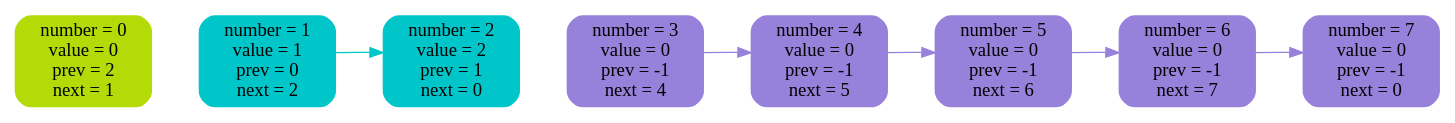
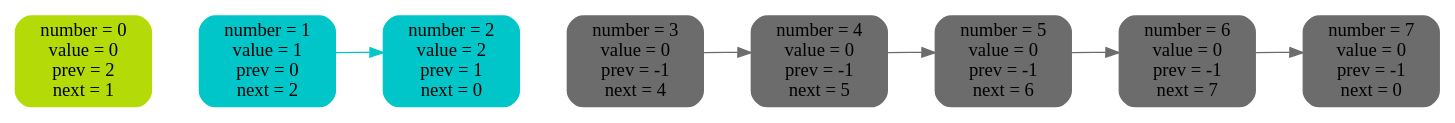
The diagram in list_log/img/3.dot (2210223t-lang/2-linked-list), drawn with Graphviz before and after one commit. The commit also changed 20 other files, not shown here.

```diff
--- a/list_log/img/3.dot
+++ b/list_log/img/3.dot
@@ -1,23 +1,23 @@
 digraph {
 rankdir = LR
 n0 [ label = "number = 0\nvalue = 0\nprev = 2\nnext = 1", shape = Mrecord, fontsize = 14,style = filled, color = "#b4da08" ]
 n1 [ label = "number = 1\nvalue = 1\nprev = 0\nnext = 2", shape = Mrecord, fontsize = 14,style = filled, color = "#00c6c9" ]
 n2 [ label = "number = 2\nvalue = 2\nprev = 1\nnext = 0", shape = Mrecord, fontsize = 14,style = filled, color = "#00c6c9" ]
-n3 [ label = "number = 3\nvalue = 0\nprev = -1\nnext = 4", shape = Mrecord, fontsize = 14,style = filled, color = "#9781db" ]
-n4 [ label = "number = 4\nvalue = 0\nprev = -1\nnext = 5", shape = Mrecord, fontsize = 14,style = filled, color = "#9781db" ]
-n5 [ label = "number = 5\nvalue = 0\nprev = -1\nnext = 6", shape = Mrecord, fontsize = 14,style = filled, color = "#9781db" ]
-n6 [ label = "number = 6\nvalue = 0\nprev = -1\nnext = 7", shape = Mrecord, fontsize = 14,style = filled, color = "#9781db" ]
-n7 [ label = "number = 7\nvalue = 0\nprev = -1\nnext = 0", shape = Mrecord, fontsize = 14,style = filled, color = "#9781db" ]
-n0 -> n1 [ style = invis, weight = 100 ]
-n1 -> n2 [ style = invis, weight = 100 ]
-n2 -> n3 [ style = invis, weight = 100 ]
-n3 -> n4 [ style = invis, weight = 100 ]
-n4 -> n5 [ style = invis, weight = 100 ]
-n5 -> n6 [ style = invis, weight = 100 ]
-n6 -> n7 [ style = invis, weight = 100 ]
-n1 -> n2 [style = filled, color = "#00c6c9" ]
-n3 -> n4 [style = filled, color = "#9781db" ]
-n4 -> n5 [style = filled, color = "#9781db" ]
-n5 -> n6 [style = filled, color = "#9781db" ]
-n6 -> n7 [style = filled, color = "#9781db" ]
+n3 [ label = "number = 3\nvalue = 0\nprev = -1\nnext = 4", shape = Mrecord, fontsize = 14,style = filled, color = "#6c6c6c" ]
+n4 [ label = "number = 4\nvalue = 0\nprev = -1\nnext = 5", shape = Mrecord, fontsize = 14,style = filled, color = "#6c6c6c" ]
+n5 [ label = "number = 5\nvalue = 0\nprev = -1\nnext = 6", shape = Mrecord, fontsize = 14,style = filled, color = "#6c6c6c" ]
+n6 [ label = "number = 6\nvalue = 0\nprev = -1\nnext = 7", shape = Mrecord, fontsize = 14,style = filled, color = "#6c6c6c" ]
+n7 [ label = "number = 7\nvalue = 0\nprev = -1\nnext = 0", shape = Mrecord, fontsize = 14,style = filled, color = "#6c6c6c" ]
+n0 -> n1 [ style = invis, weight = 10000 ]
+n1 -> n2 [ style = invis, weight = 10000 ]
+n2 -> n3 [ style = invis, weight = 10000 ]
+n3 -> n4 [ style = invis, weight = 10000 ]
+n4 -> n5 [ style = invis, weight = 10000 ]
+n5 -> n6 [ style = invis, weight = 10000 ]
+n6 -> n7 [ style = invis, weight = 10000 ]
+n1 -> n2 [ style = filled, color = "#00c6c9" ]
+n3 -> n4 [ style = filled, color = "#6c6c6c" ]
+n4 -> n5 [ style = filled, color = "#6c6c6c" ]
+n5 -> n6 [ style = filled, color = "#6c6c6c" ]
+n6 -> n7 [ style = filled, color = "#6c6c6c" ]
 }
```
